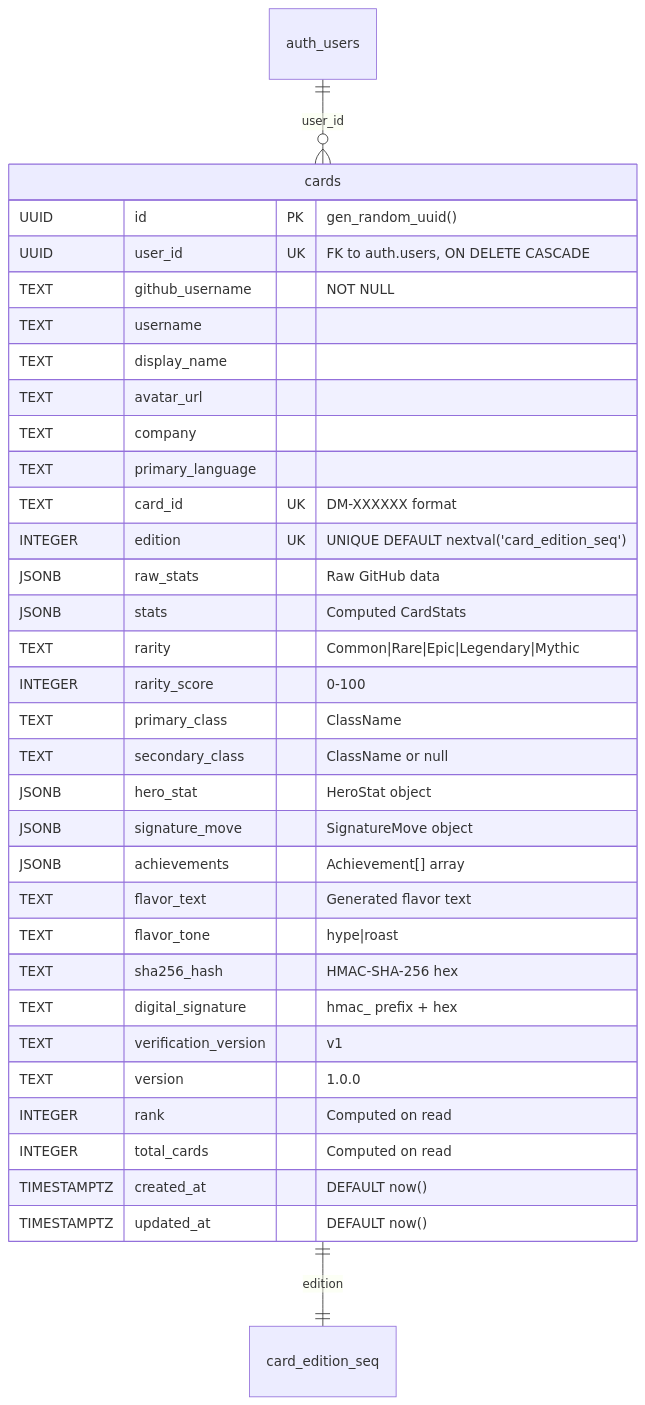
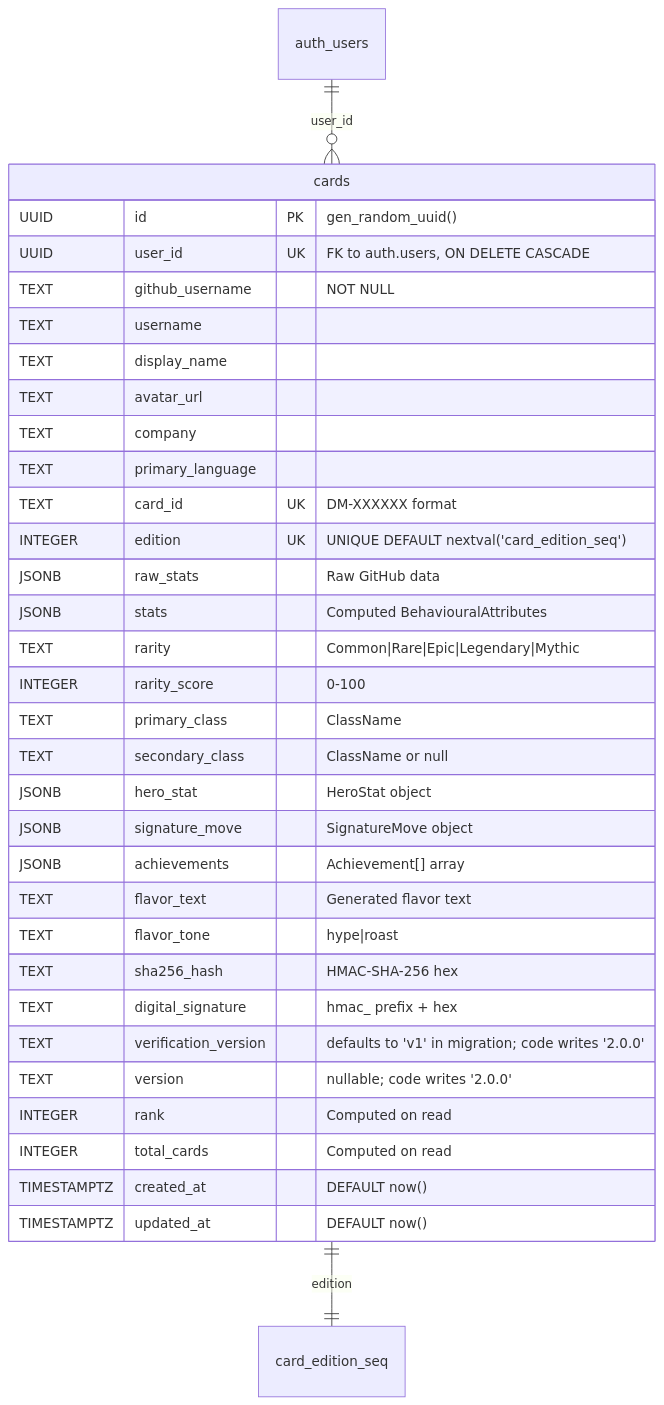
Before and after one commit to ShravanDeb/DevMon: the fifth of 7 diagrams in ARCHITECTURE.md, drawn with Mermaid. The commit also changed other lines of this file and 175 other files, not shown here.

````diff
--- a/ARCHITECTURE.md
+++ b/ARCHITECTURE.md
@@ -373,37 +419,37 @@
 ```mermaid
 erDiagram
     auth_users ||--o{ cards : "user_id"
     cards ||--|| card_edition_seq : "edition"
 
     cards {
         UUID id PK "gen_random_uuid()"
         UUID user_id UK "FK to auth.users, ON DELETE CASCADE"
         TEXT github_username "NOT NULL"
         TEXT username
         TEXT display_name
         TEXT avatar_url
         TEXT company
         TEXT primary_language
         TEXT card_id UK "DM-XXXXXX format"
         INTEGER edition UK "UNIQUE DEFAULT nextval('card_edition_seq')"
         JSONB raw_stats "Raw GitHub data"
-        JSONB stats "Computed CardStats"
+        JSONB stats "Computed BehaviouralAttributes"
         TEXT rarity "Common|Rare|Epic|Legendary|Mythic"
         INTEGER rarity_score "0-100"
         TEXT primary_class "ClassName"
         TEXT secondary_class "ClassName or null"
         JSONB hero_stat "HeroStat object"
         JSONB signature_move "SignatureMove object"
         JSONB achievements "Achievement[] array"
         TEXT flavor_text "Generated flavor text"
         TEXT flavor_tone "hype|roast"
         TEXT sha256_hash "HMAC-SHA-256 hex"
         TEXT digital_signature "hmac_ prefix + hex"
-        TEXT verification_version "v1"
-        TEXT version "1.0.0"
+        TEXT verification_version "defaults to 'v1' in migration; code writes '2.0.0'"
+        TEXT version "nullable; code writes '2.0.0'"
         INTEGER rank "Computed on read"
         INTEGER total_cards "Computed on read"
         TIMESTAMPTZ created_at "DEFAULT now()"
         TIMESTAMPTZ updated_at "DEFAULT now()"
     }
 ```
````
